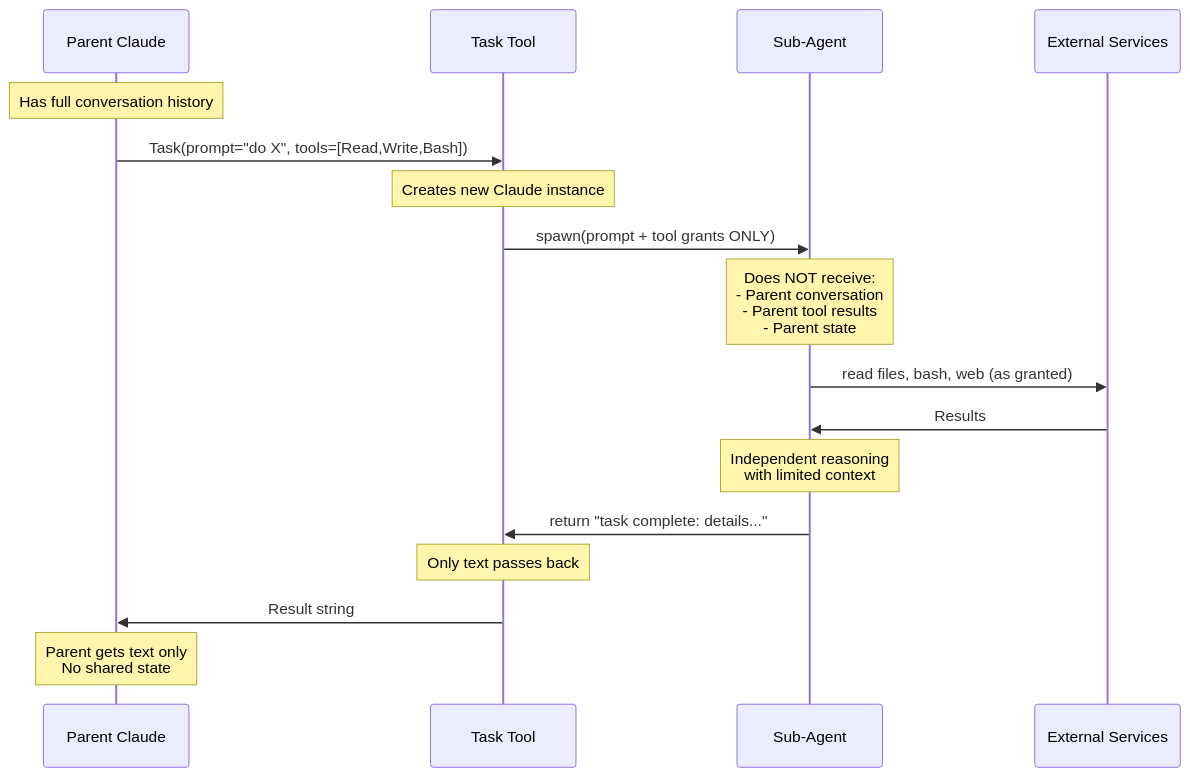
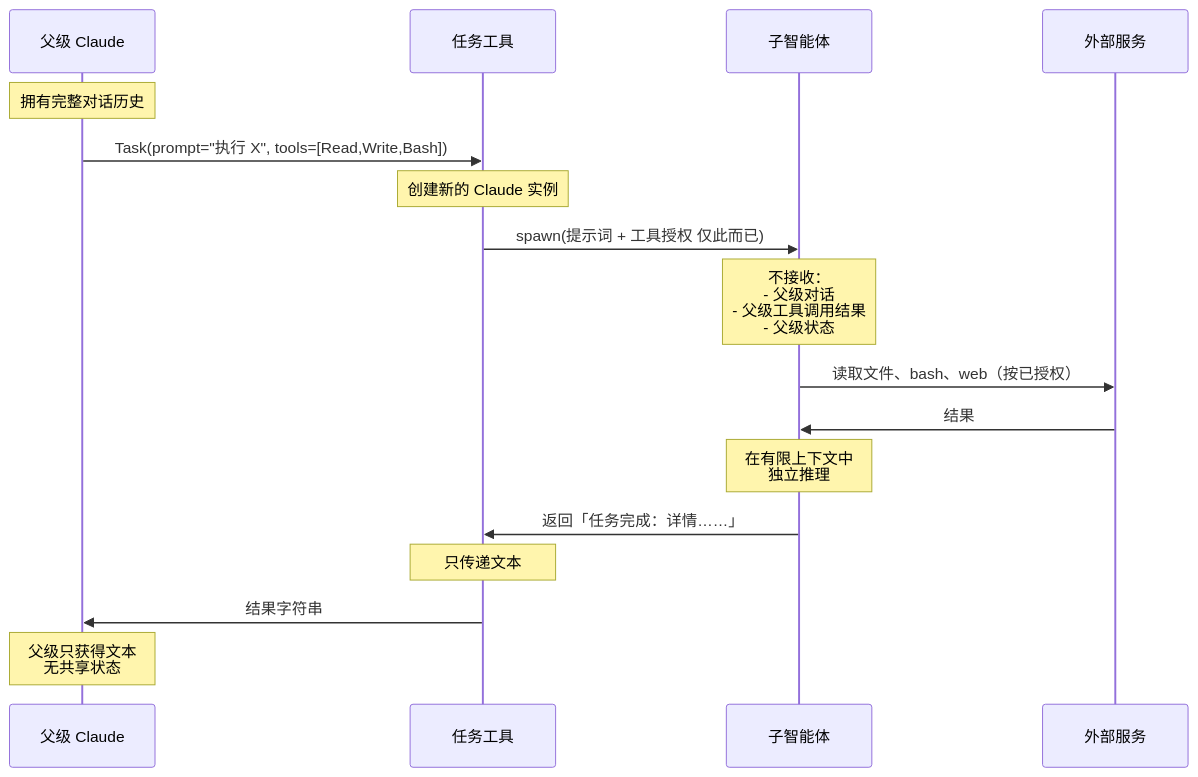
Before and after one commit to lawrencewzen/aispark-wiki: the fourth of 4 diagrams in claude-code/diagrams/04-architecture-internals.md, drawn with Mermaid. The commit also changed other lines of this file and 82 other files, not shown here.

````diff
--- a/claude-code/diagrams/04-architecture-internals.md
+++ b/claude-code/diagrams/04-architecture-internals.md
@@ -252,23 +252,23 @@
 ```mermaid
 sequenceDiagram
-    participant P as Parent Claude
-    participant T as Task Tool
-    participant S as Sub-Agent
-    participant EXT as External Services
+    participant P as 父级 Claude
+    participant T as 任务工具
+    participant S as 子智能体
+    participant EXT as 外部服务
 
-    Note over P: Has full conversation history
-    P->>T: Task(prompt="do X", tools=[Read,Write,Bash])
-    Note over T: Creates new Claude instance
-    T->>S: spawn(prompt + tool grants ONLY)
-    Note over S: Does NOT receive:<br/>- Parent conversation<br/>- Parent tool results<br/>- Parent state
+    Note over P: 拥有完整对话历史
+    P->>T: Task(prompt="执行 X", tools=[Read,Write,Bash])
+    Note over T: 创建新的 Claude 实例
+    T->>S: spawn(提示词 + 工具授权 仅此而已)
+    Note over S: 不接收：<br/>- 父级对话<br/>- 父级工具调用结果<br/>- 父级状态
 
-    S->>EXT: read files, bash, web (as granted)
-    EXT->>S: Results
+    S->>EXT: 读取文件、bash、web（按已授权）
+    EXT->>S: 结果
 
-    Note over S: Independent reasoning<br/>with limited context
+    Note over S: 在有限上下文中<br/>独立推理
 
-    S->>T: return "task complete: details..."
-    Note over T: Only text passes back
-    T->>P: Result string
-    Note over P: Parent gets text only<br/>No shared state
+    S->>T: 返回「任务完成：详情……」
+    Note over T: 只传递文本
+    T->>P: 结果字符串
+    Note over P: 父级只获得文本<br/>无共享状态
 ```
````
